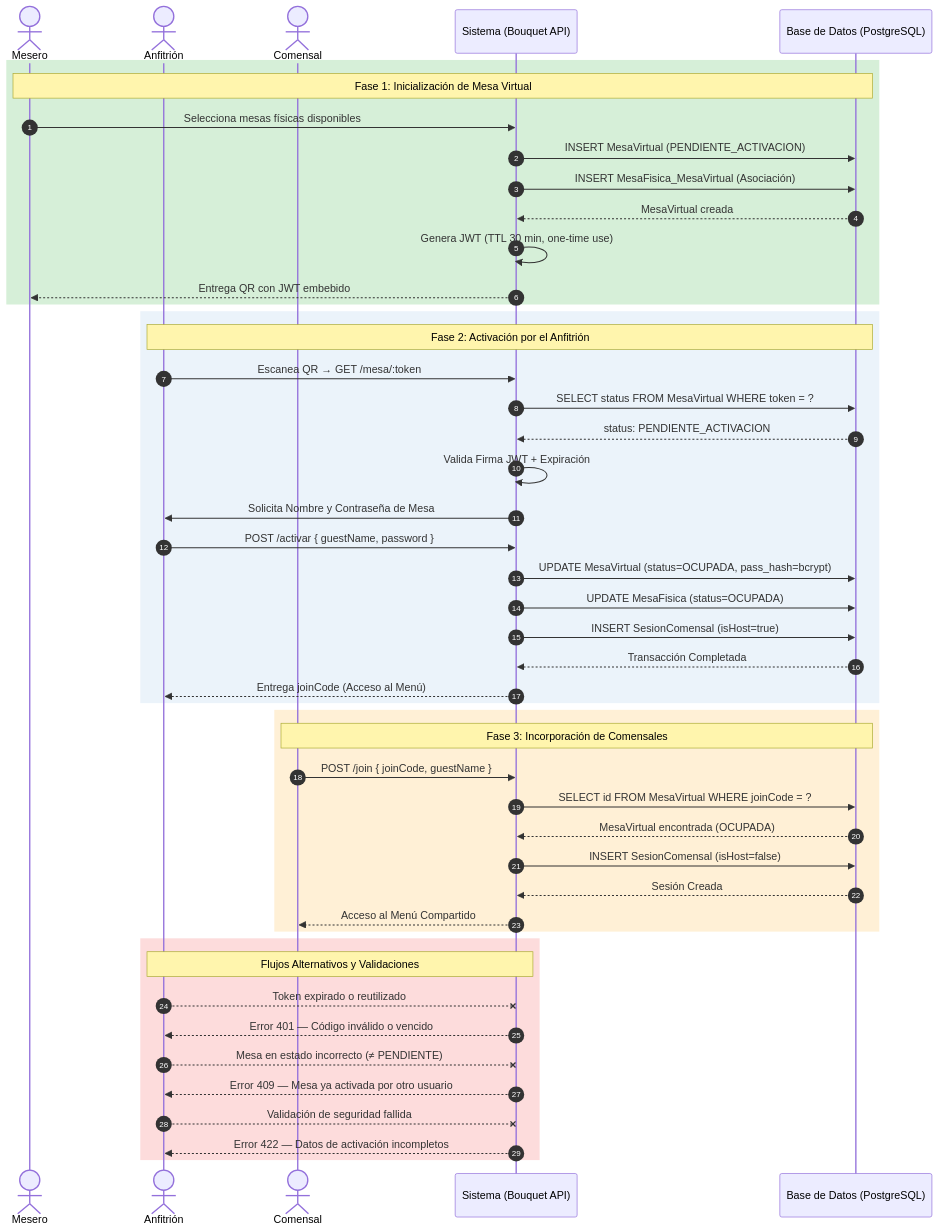
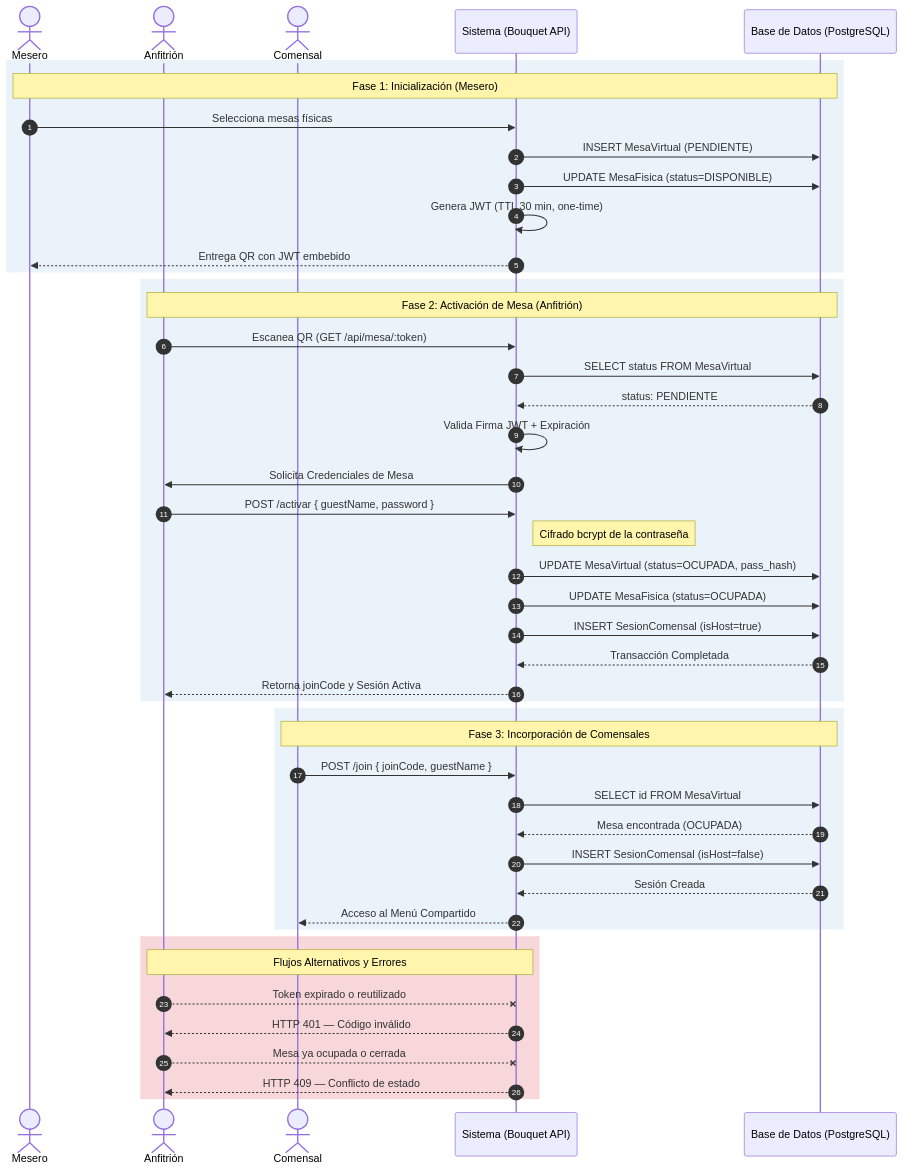
One commit to dvillagrans/Bouquet changed the diagram in docs/_assets/casos_uso/CU_01.mmd. Above: the diagram before and after it, drawn with Mermaid. The commit also changed 23 other files, not shown here.

First line of the commit message:
feat: update deployment and use case diagrams for enhanced clarity and detail

```diff
--- a/docs/_assets/casos_uso/CU_01.mmd
+++ b/docs/_assets/casos_uso/CU_01.mmd
@@ -1,61 +1,55 @@
 sequenceDiagram
     autonumber
     
-    %% Color Palette
-    %% primary: #1B3A5C (Dark Blue)
-    %% accent: #2E75B6 (Medium Blue)
-    %% lightest: #EBF3FA (Very Light Blue)
-    %% green: #D6EFD8
-    %% orange: #FFF0D6
-    %% red: #FDDCDC
+    %% Bouquet Premium Theme
+    accTitle: CU-01: Comensal Escanea QR e Ingresa a Mesa Virtual
+    accDescr: Flujo de inicialización, activación y acceso compartido a mesa virtual.
 
     actor M as Mesero
     actor A as Anfitrión
     actor C as Comensal
     participant S as Sistema (Bouquet API)
     participant DB as Base de Datos (PostgreSQL)
 
-    rect rgb(214, 239, 216)
-        Note over M,DB: Fase 1: Inicialización de Mesa Virtual
-        M->>S: Selecciona mesas físicas disponibles
-        S->>DB: INSERT MesaVirtual (PENDIENTE_ACTIVACION)
-        S->>DB: INSERT MesaFisica_MesaVirtual (Asociación)
-        DB-->>S: MesaVirtual creada
-        S->>S: Genera JWT (TTL 30 min, one-time use)
+    rect rgb(235, 243, 250)
+        Note over M,DB: Fase 1: Inicialización (Mesero)
+        M->>S: Selecciona mesas físicas
+        S->>DB: INSERT MesaVirtual (PENDIENTE)
+        S->>DB: UPDATE MesaFisica (status=DISPONIBLE)
+        S->>S: Genera JWT (TTL 30 min, one-time)
         S-->>M: Entrega QR con JWT embebido
     end
 
     rect rgb(235, 243, 250)
-        Note over A,DB: Fase 2: Activación por el Anfitrión
-        A->>S: Escanea QR → GET /mesa/:token
-        S->>DB: SELECT status FROM MesaVirtual WHERE token = ?
-        DB-->>S: status: PENDIENTE_ACTIVACION
+        Note over A,DB: Fase 2: Activación de Mesa (Anfitrión)
+        A->>S: Escanea QR (GET /api/mesa/:token)
+        S->>DB: SELECT status FROM MesaVirtual
+        DB-->>S: status: PENDIENTE
         S->>S: Valida Firma JWT + Expiración
-        S->>A: Solicita Nombre y Contraseña de Mesa
+        S->>A: Solicita Credenciales de Mesa
         A->>S: POST /activar { guestName, password }
-        S->>DB: UPDATE MesaVirtual (status=OCUPADA, pass_hash=bcrypt)
+        Note right of S: Cifrado bcrypt de la contraseña
+        S->>DB: UPDATE MesaVirtual (status=OCUPADA, pass_hash)
         S->>DB: UPDATE MesaFisica (status=OCUPADA)
         S->>DB: INSERT SesionComensal (isHost=true)
         DB-->>S: Transacción Completada
-        S-->>A: Entrega joinCode (Acceso al Menú)
+        S-->>A: Retorna joinCode y Sesión Activa
     end
 
-    rect rgb(255, 240, 214)
+    rect rgb(235, 243, 250)
         Note over C,DB: Fase 3: Incorporación de Comensales
         C->>S: POST /join { joinCode, guestName }
-        S->>DB: SELECT id FROM MesaVirtual WHERE joinCode = ?
-        DB-->>S: MesaVirtual encontrada (OCUPADA)
+        S->>DB: SELECT id FROM MesaVirtual
+        DB-->>S: Mesa encontrada (OCUPADA)
         S->>DB: INSERT SesionComensal (isHost=false)
         DB-->>S: Sesión Creada
         S-->>C: Acceso al Menú Compartido
     end
 
-    rect rgb(253, 220, 220)
-        Note over A,S: Flujos Alternativos y Validaciones
+    rect rgb(248, 215, 218)
+        Note over A,S: Flujos Alternativos y Errores
         A--xS: Token expirado o reutilizado
-        S-->>A: Error 401 — Código inválido o vencido
-        A--xS: Mesa en estado incorrecto (≠ PENDIENTE)
-        S-->>A: Error 409 — Mesa ya activada por otro usuario
-        A--xS: Validación de seguridad fallida
-        S-->>A: Error 422 — Datos de activación incompletos
+        S-->>A: HTTP 401 — Código inválido
+        A--xS: Mesa ya ocupada o cerrada
+        S-->>A: HTTP 409 — Conflicto de estado
     end
```
